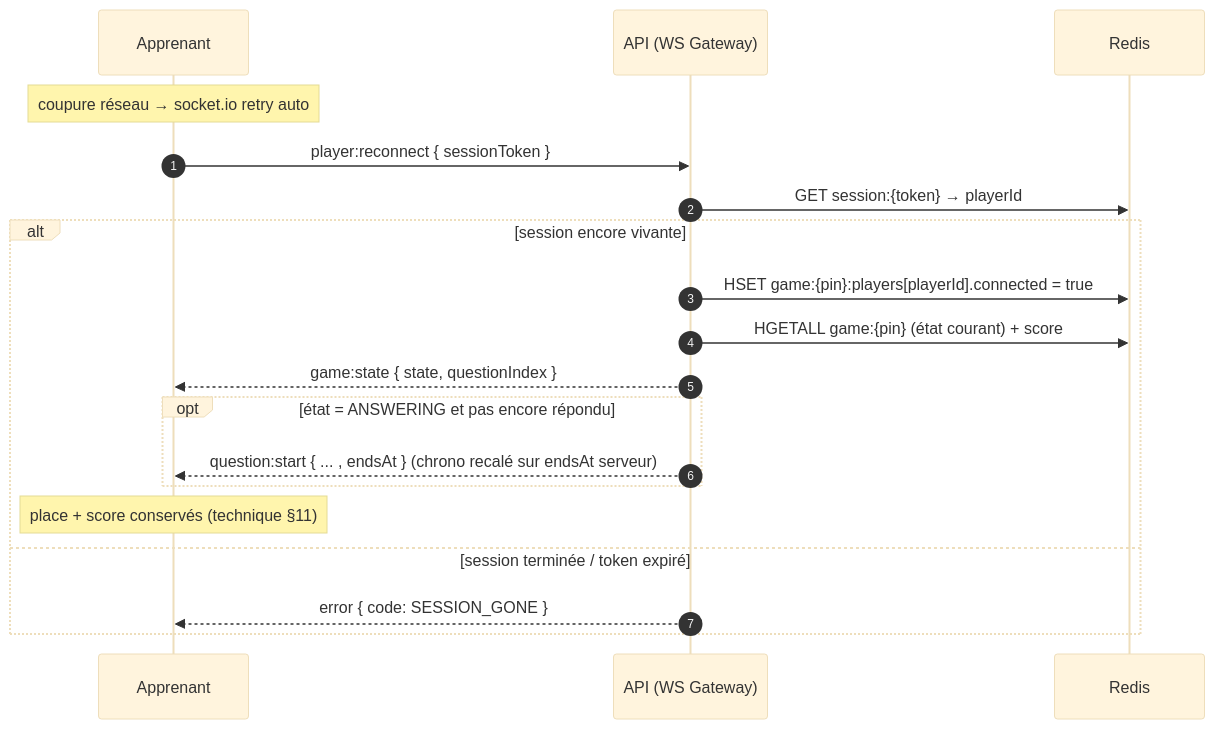
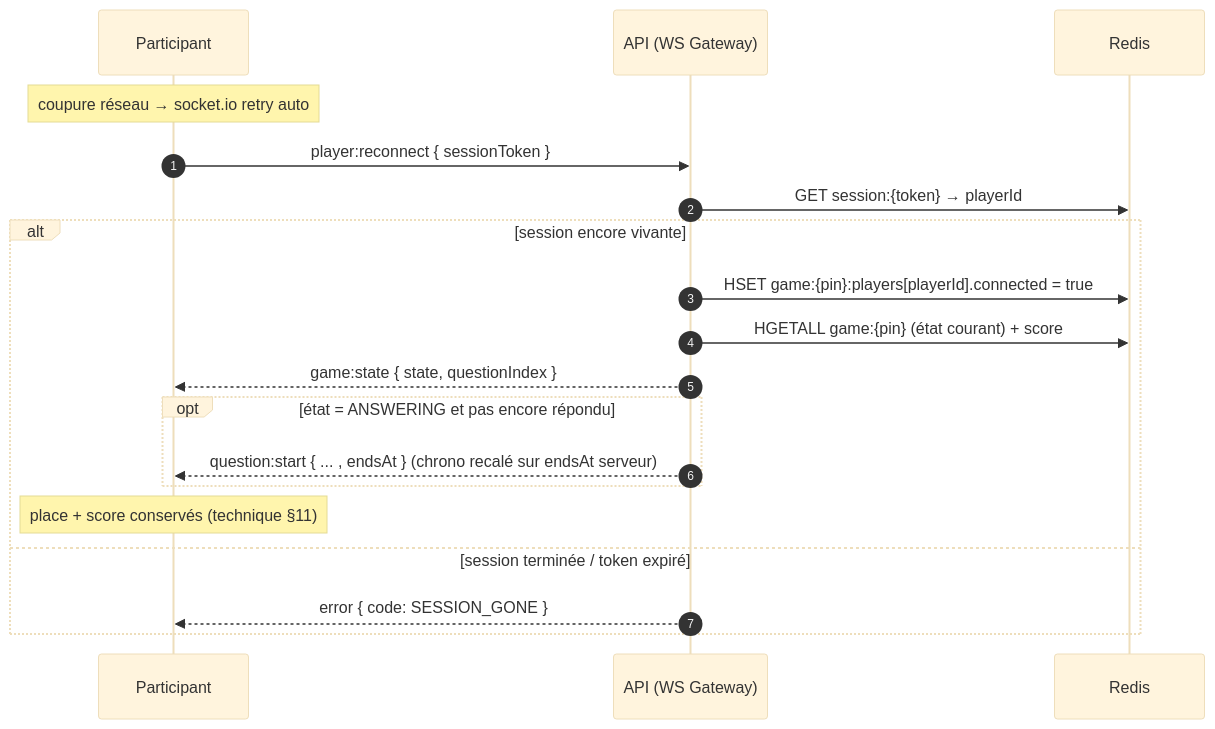
Before and after one commit to quizdock/quiz-dock: the fourth of 7 diagrams in specifications/SPECIFICATIONS-SEQUENCES.md, drawn with Mermaid (base theme). The commit also changed other lines of this file and 30 other files, not shown here.

````diff
--- a/specifications/SPECIFICATIONS-SEQUENCES.md
+++ b/specifications/SPECIFICATIONS-SEQUENCES.md
@@ -120,22 +120,22 @@
 ```mermaid
 sequenceDiagram
     autonumber
-    participant A as Apprenant
+    participant A as Participant
     participant API as API (WS Gateway)
     participant R as Redis
 
     Note over A: coupure réseau → socket.io retry auto
     A->>API: player:reconnect { sessionToken }
     API->>R: GET session:{token} → playerId
     alt session encore vivante
         API->>R: HSET game:{pin}:players[playerId].connected = true
         API->>R: HGETALL game:{pin} (état courant) + score
         API-->>A: game:state { state, questionIndex }
         opt état = ANSWERING et pas encore répondu
             API-->>A: question:start { ... , endsAt }  (chrono recalé sur endsAt serveur)
         end
         Note over A: place + score conservés (technique §11)
     else session terminée / token expiré
         API-->>A: error { code: SESSION_GONE }
     end
 ```
````
